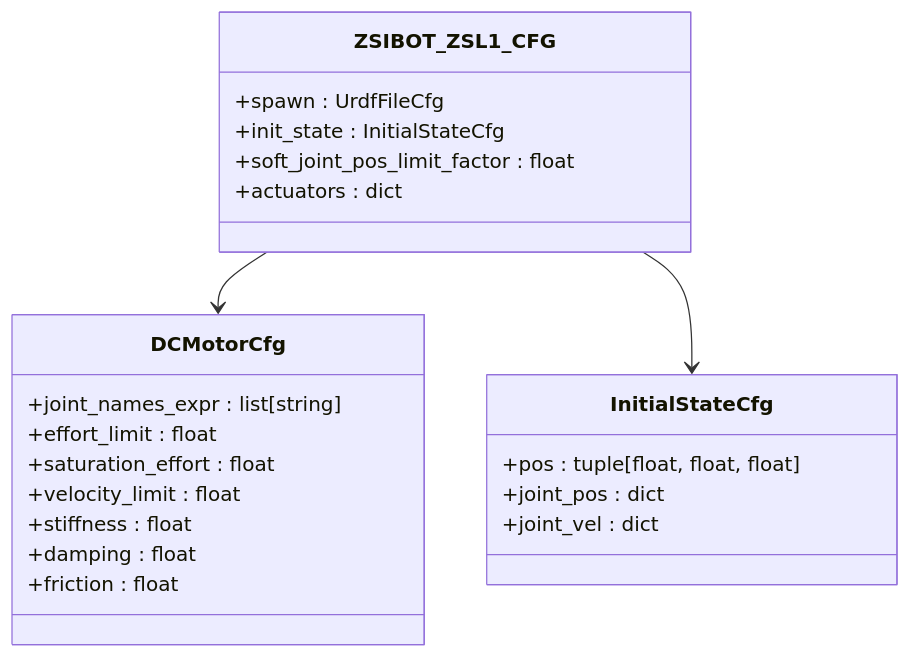
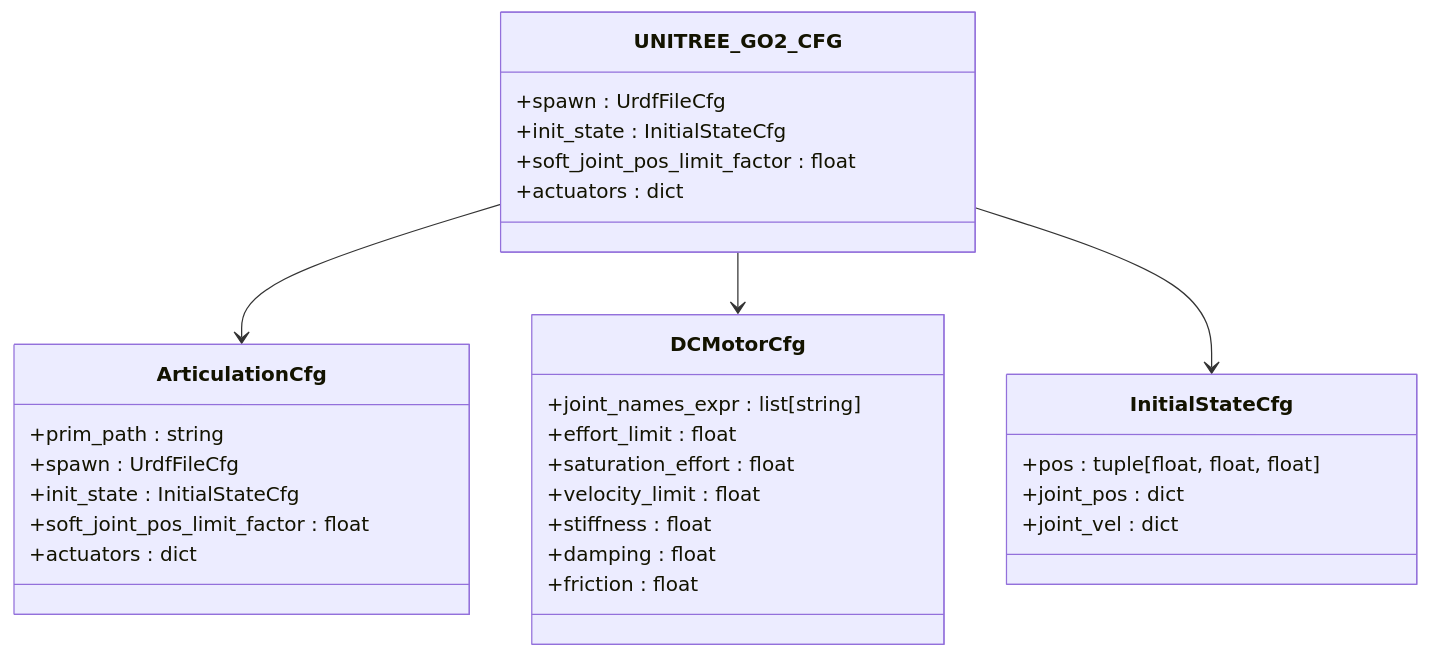
Diagram 11 of 11 in .qoder/repowiki/en/content/Task Configuration Framework/Velocity-Based Locomotion Tasks/Parkour Navigation System.md (jayjayhust/robot_lab), drawn with Mermaid before and after one commit. The commit also changed other lines of this file and 17 other files, not shown here.

````diff
--- a/.qoder/repowiki/en/content/Task Configuration Framework/Velocity-Based Locomotion Tasks/Parkour Navigation System.md
+++ b/.qoder/repowiki/en/content/Task Configuration Framework/Velocity-Based Locomotion Tasks/Parkour Navigation System.md
@@ -378,25 +489,33 @@
 ```mermaid
 classDiagram
-class ZSIBOT_ZSL1_CFG {
+class UNITREE_GO2_CFG {
 +spawn : UrdfFileCfg
 +init_state : InitialStateCfg
 +soft_joint_pos_limit_factor : float
 +actuators : dict
 }
 class DCMotorCfg {
 +joint_names_expr : list[string]
 +effort_limit : float
 +saturation_effort : float
 +velocity_limit : float
 +stiffness : float
 +damping : float
 +friction : float
 }
 class InitialStateCfg {
 +pos : tuple[float, float, float]
 +joint_pos : dict
 +joint_vel : dict
 }
-ZSIBOT_ZSL1_CFG --> DCMotorCfg
-ZSIBOT_ZSL1_CFG --> InitialStateCfg
+class ArticulationCfg {
++prim_path : string
++spawn : UrdfFileCfg
++init_state : InitialStateCfg
++soft_joint_pos_limit_factor : float
++actuators : dict
+}
+UNITREE_GO2_CFG --> ArticulationCfg
+UNITREE_GO2_CFG --> DCMotorCfg
+UNITREE_GO2_CFG --> InitialStateCfg
 ```
````
